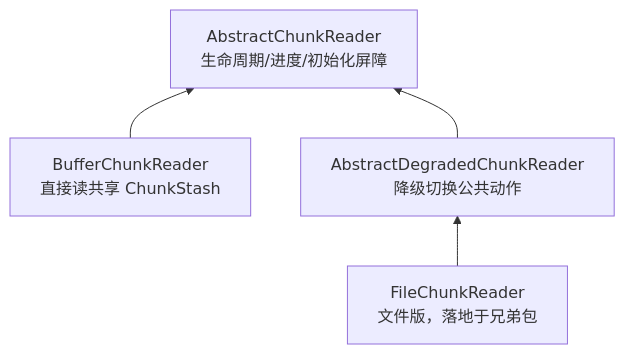
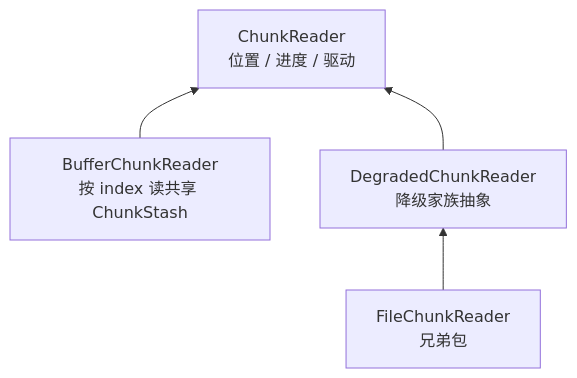
The fourth of 4 diagrams in DESIGN.md (produck/fugue), drawn with Mermaid before and after one commit. The commit also changed other lines of this file and 6 other files, not shown here.

````diff
--- a/DESIGN.md
+++ b/DESIGN.md
@@ -404,10 +339,10 @@
 ```mermaid
 graph BT
-    BufferChunkReader["BufferChunkReader<br/>直接读共享 ChunkStash"]
-    AbstractDegradedChunkReader["AbstractDegradedChunkReader<br/>降级切换公共动作"]
-    FileChunkReader["FileChunkReader<br/>文件版，落地于兄弟包"]
-    AbstractChunkReader["AbstractChunkReader<br/>生命周期/进度/初始化屏障"]
-    BufferChunkReader --> AbstractChunkReader
-    AbstractDegradedChunkReader --> AbstractChunkReader
-    FileChunkReader --> AbstractDegradedChunkReader
+    BUF["BufferChunkReader<br/>按 index 读共享 ChunkStash"]
+    DEG["DegradedChunkReader<br/>降级家族抽象"]
+    FILE["FileChunkReader<br/>兄弟包"]
+    BASE["ChunkReader<br/>位置 / 进度 / 驱动"]
+    BUF --> BASE
+    DEG --> BASE
+    FILE --> DEG
 ```
````
